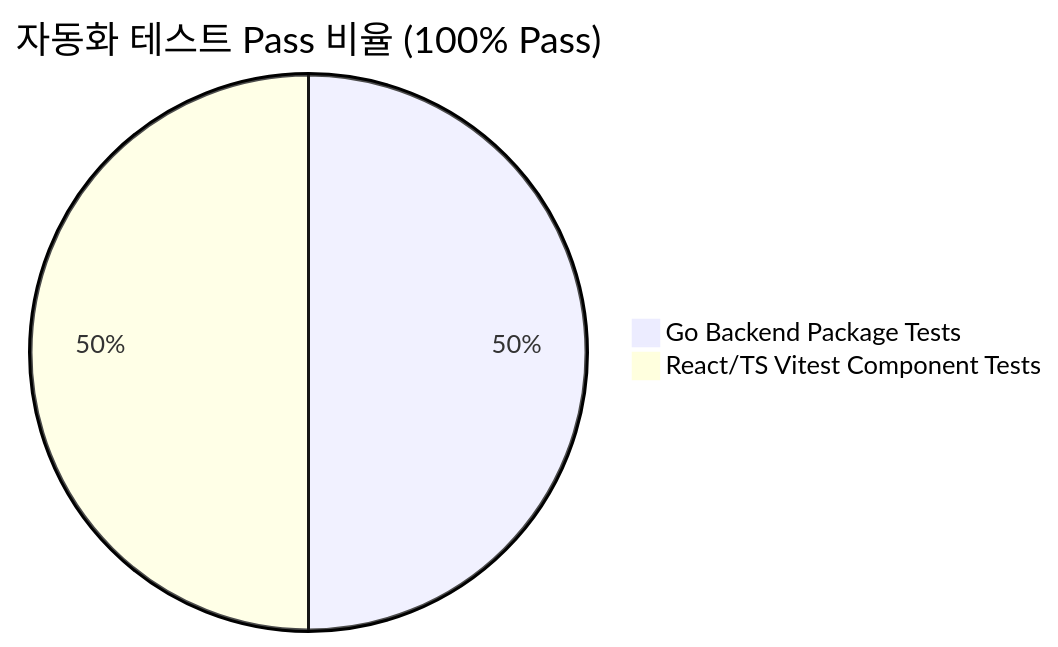
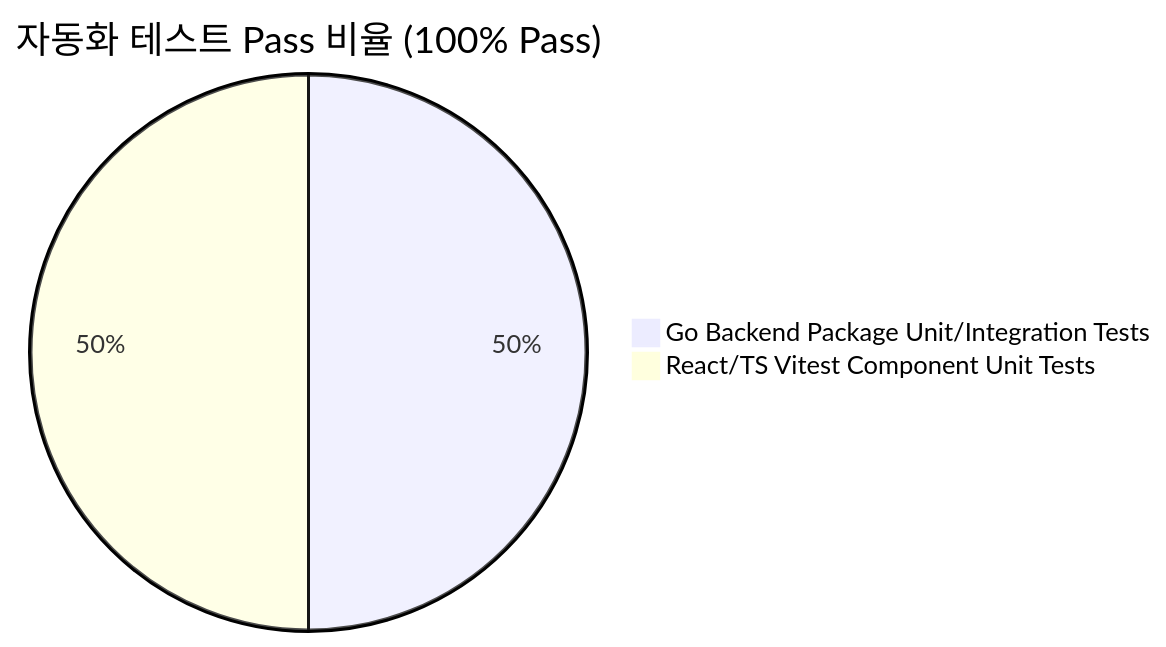
Before and after one commit to hkjang/kanpic: the third of 3 diagrams in docs/EXECUTIVE_REPORT.md, drawn with Mermaid. The commit also changed other lines of this file and 5 other files, not shown here.

````diff
--- a/docs/EXECUTIVE_REPORT.md
+++ b/docs/EXECUTIVE_REPORT.md
@@ -99,5 +111,5 @@
 ```mermaid
 pie title 자동화 테스트 Pass 비율 (100% Pass)
-    "Go Backend Package Tests" : 50
-    "React/TS Vitest Component Tests" : 50
+    "Go Backend Package Unit/Integration Tests" : 50
+    "React/TS Vitest Component Unit Tests" : 50
 ```
````
